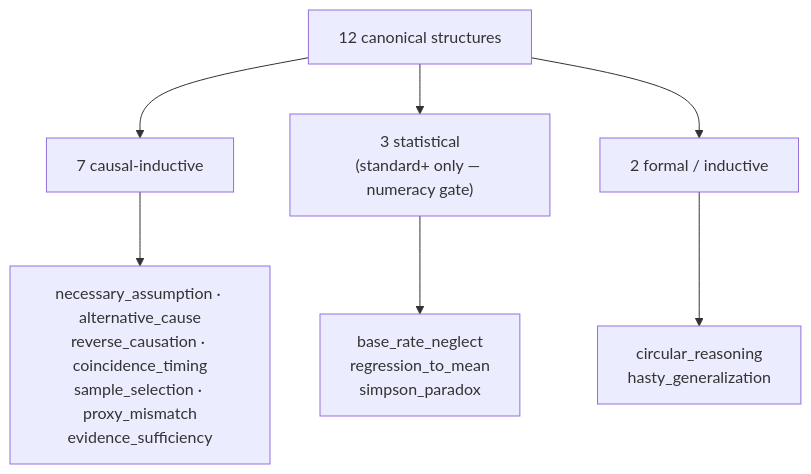
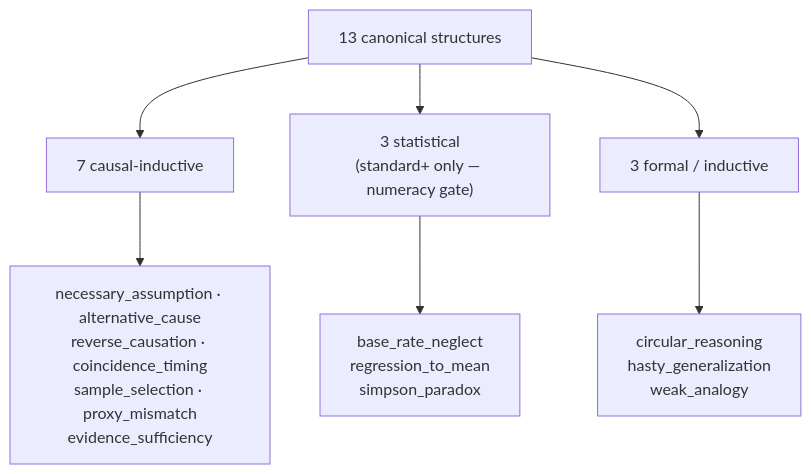
One commit to Imbad0202/critical-thinking-for-humans changed the third of 6 diagrams in docs/ARCHITECTURE.md. Above: the diagram before and after it, drawn with Mermaid. The commit also changed other lines of this file and 6 other files, not shown here.

````diff
--- a/docs/ARCHITECTURE.md
+++ b/docs/ARCHITECTURE.md
@@ -103,12 +103,12 @@
 ```mermaid
 flowchart TD
-    Structures[12 canonical structures]
+    Structures[13 canonical structures]
 
     Structures --> Causal["7 causal-inductive"]
     Structures --> Stat["3 statistical<br/>(standard+ only — numeracy gate)"]
-    Structures --> Formal["2 formal / inductive"]
+    Structures --> Formal["3 formal / inductive"]
 
     Causal --> C1["necessary_assumption · alternative_cause<br/>reverse_causation · coincidence_timing<br/>sample_selection · proxy_mismatch<br/>evidence_sufficiency"]
     Stat --> S1["base_rate_neglect<br/>regression_to_mean<br/>simpson_paradox"]
-    Formal --> F1["circular_reasoning<br/>hasty_generalization"]
+    Formal --> F1["circular_reasoning<br/>hasty_generalization<br/>weak_analogy"]
 ```
````
